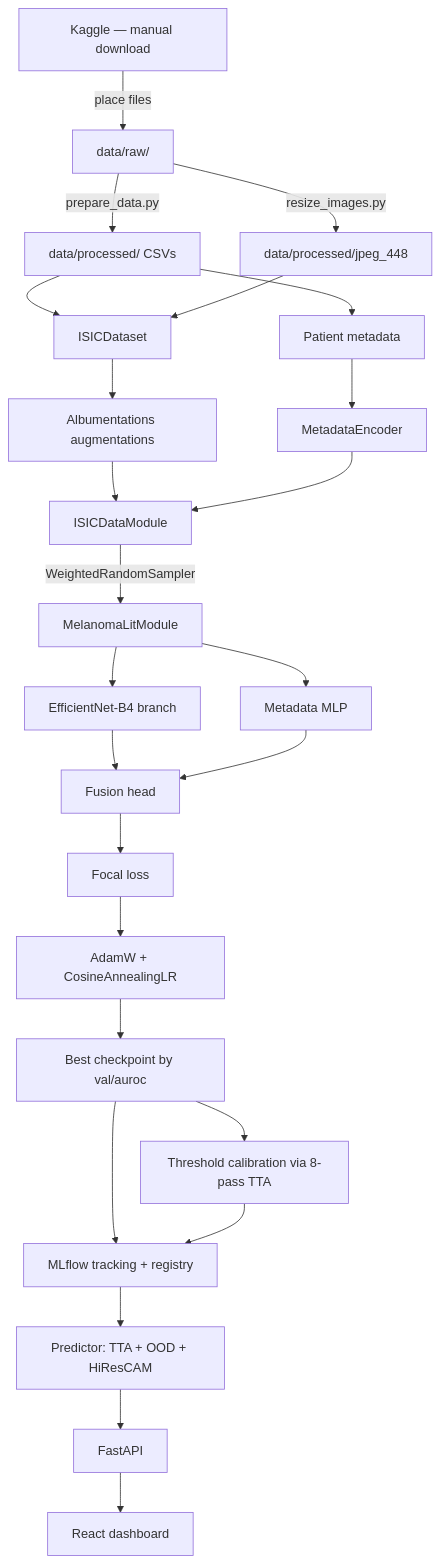
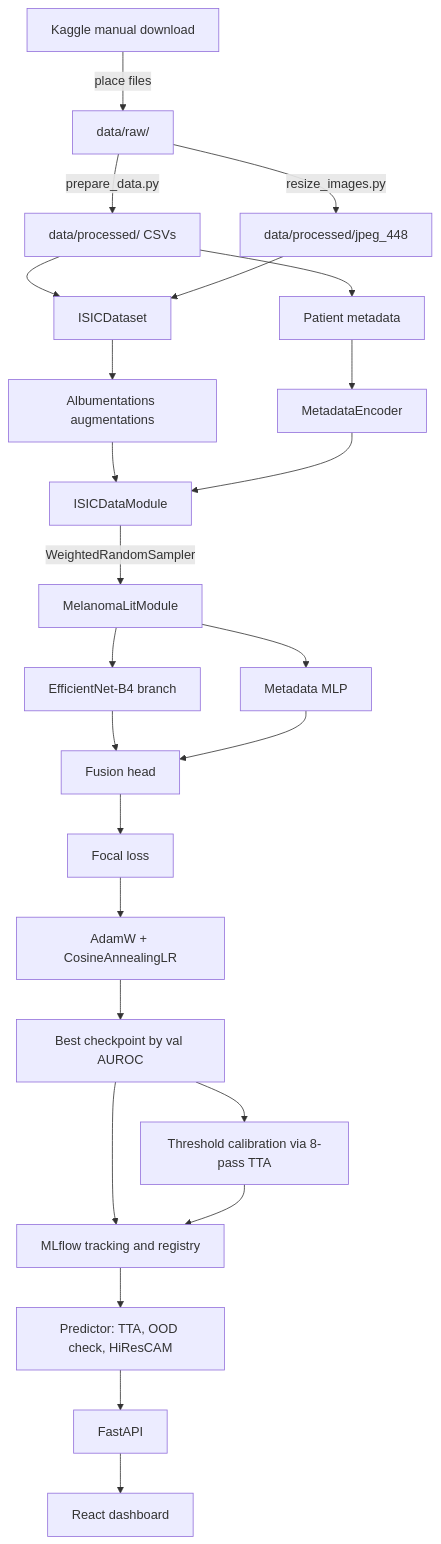
Before and after one commit to MuhammadNisarWCSS/Melanoma-Detection: the first of 2 diagrams in README.md, drawn with Mermaid. The commit also changed other lines of this file and 4 other files, not shown here.

````diff
--- a/README.md
+++ b/README.md
@@ -298,27 +316,27 @@
 ```mermaid
 flowchart TD
-    Kaggle[Kaggle — manual download] -->|place files| RawData[data/raw/]
+    Kaggle[Kaggle manual download] -->|place files| RawData[data/raw/]
     RawData -->|prepare_data.py| SplitCSVs[data/processed/ CSVs]
     RawData -->|resize_images.py| Cache[data/processed/jpeg_448]
     SplitCSVs --> Dataset[ISICDataset]
     Cache --> Dataset
     SplitCSVs --> MetaCSV[Patient metadata]
     Dataset --> Transforms[Albumentations augmentations]
     MetaCSV --> MetaEncoder[MetadataEncoder]
     Transforms --> DataModule[ISICDataModule]
     MetaEncoder --> DataModule
     DataModule -->|WeightedRandomSampler| LitModel[MelanomaLitModule]
     LitModel --> ImgBranch[EfficientNet-B4 branch]
     LitModel --> MetaBranch[Metadata MLP]
     ImgBranch --> Fusion[Fusion head]
     MetaBranch --> Fusion
     Fusion --> FocalLoss[Focal loss]
     FocalLoss --> Optimizer[AdamW + CosineAnnealingLR]
-    Optimizer --> Ckpt[Best checkpoint by val/auroc]
+    Optimizer --> Ckpt[Best checkpoint by val AUROC]
     Ckpt --> Calib[Threshold calibration via 8-pass TTA]
-    Ckpt --> MLflow[MLflow tracking + registry]
+    Ckpt --> MLflow[MLflow tracking and registry]
     Calib --> MLflow
-    MLflow --> Predictor[Predictor: TTA + OOD + HiResCAM]
+    MLflow --> Predictor[Predictor: TTA, OOD check, HiResCAM]
     Predictor --> FastAPI[FastAPI]
     FastAPI --> UI[React dashboard]
 ```
````
